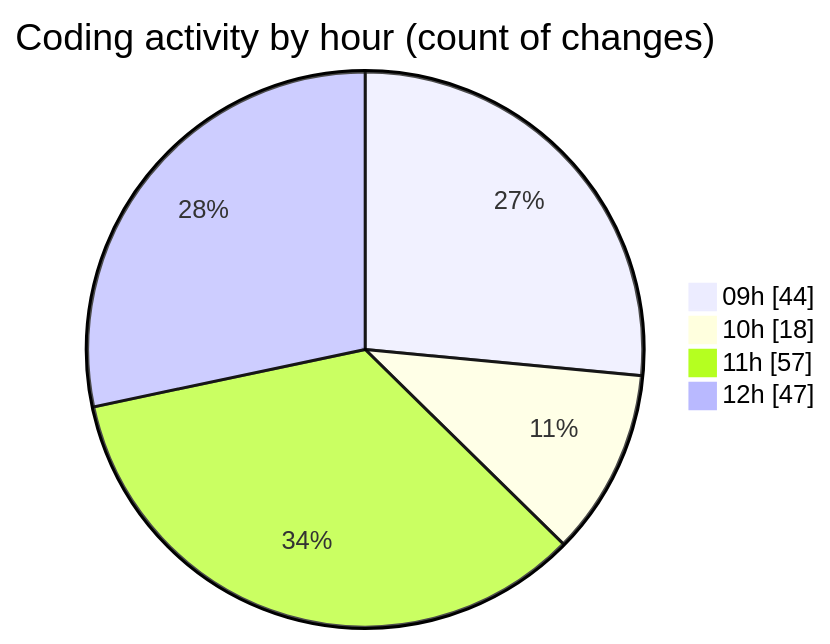
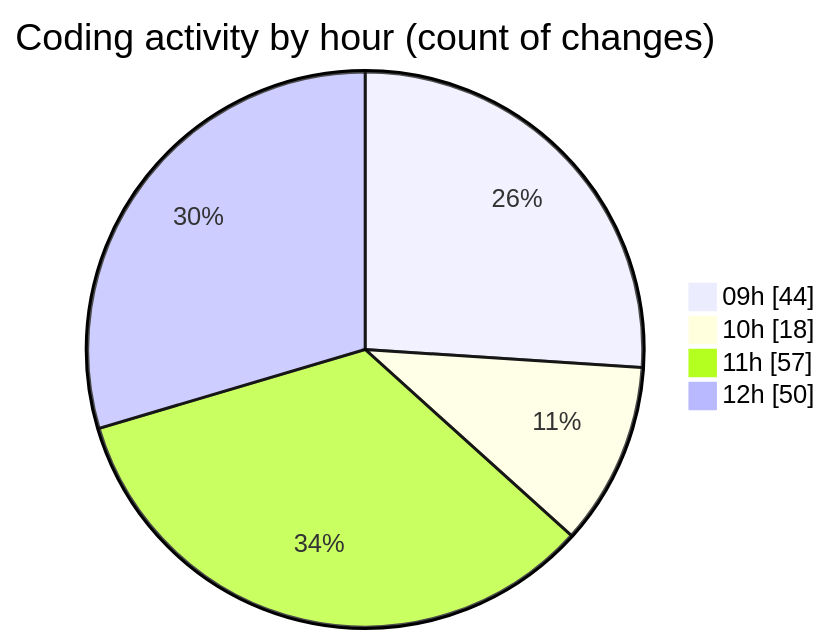
The second of 2 diagrams in 2026-08-07/cda/README.md (momahboobian/code-tracking), drawn with Mermaid before and after one commit. The commit also changed other lines of this file and 1 other file, not shown here.

````diff
--- a/2026-08-07/cda/README.md
+++ b/2026-08-07/cda/README.md
@@ -47,8 +47,8 @@
 ```mermaid
 pie showData
 title Coding activity by hour (count of changes)
 "09h" : 44
 "10h" : 18
 "11h" : 57
-"12h" : 47
+"12h" : 50
 ```
````
